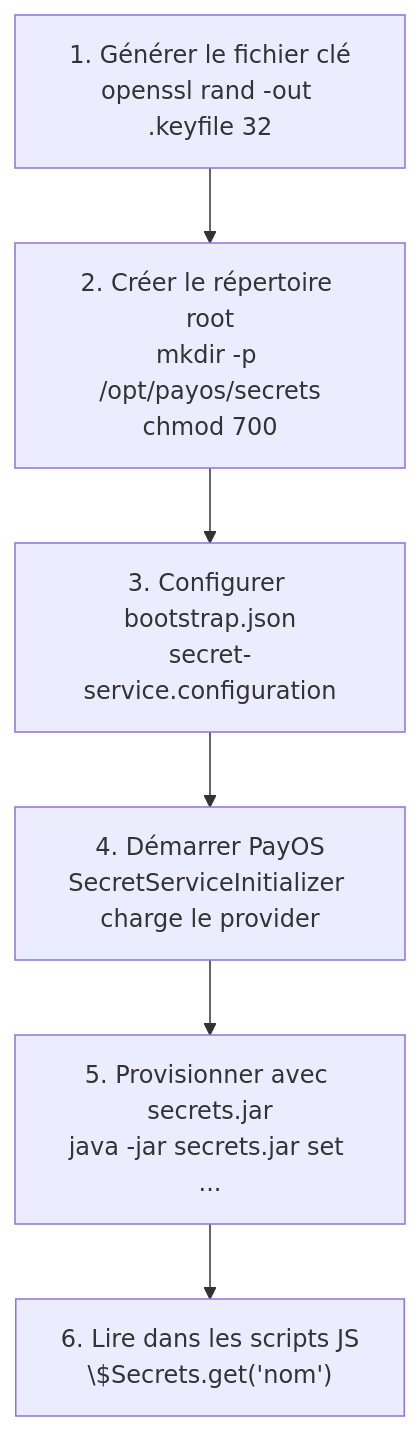
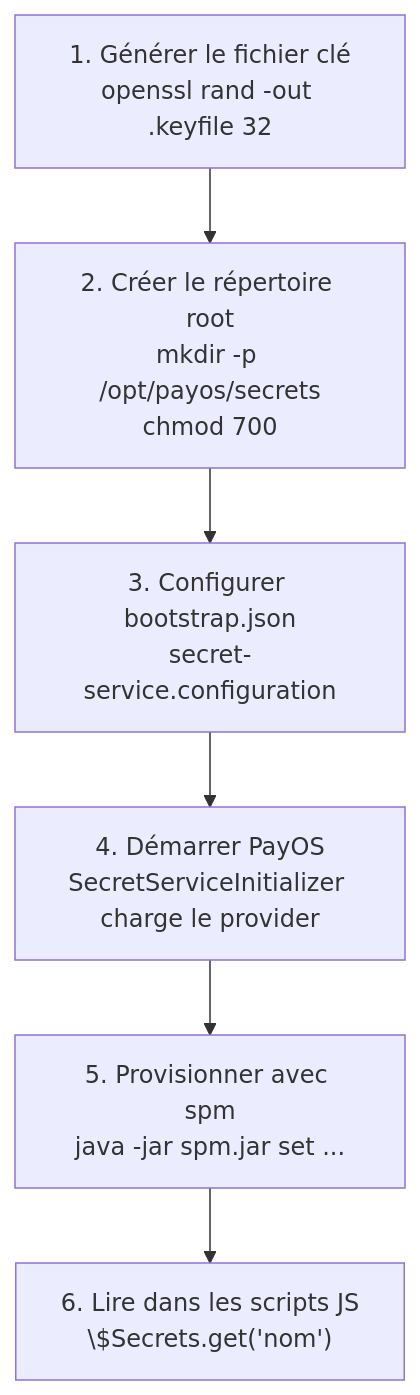
One commit to asebban/payos-docs changed diagram 12 of 13 in architecture/secret-provider-architecture.md. Above: the diagram before and after it, drawn with Mermaid. The commit also changed other lines of this file and 16 other files, not shown here.

````diff
--- a/architecture/secret-provider-architecture.md
+++ b/architecture/secret-provider-architecture.md
@@ -740,8 +837,8 @@
 ```mermaid
 flowchart TD
     A["1. Générer le fichier clé\nopenssl rand -out .keyfile 32"] --> B["2. Créer le répertoire root\nmkdir -p /opt/payos/secrets\nchmod 700"]
     B --> C["3. Configurer bootstrap.json\nsecret-service.configuration"]
     C --> D["4. Démarrer PayOS\nSecretServiceInitializer charge le provider"]
-    D --> E["5. Provisionner avec secrets.jar\njava -jar secrets.jar set ..."]
+    D --> E["5. Provisionner avec spm\njava -jar spm.jar set ..."]
     E --> F["6. Lire dans les scripts JS\n\$Secrets.get('nom')"]
 ```
````
